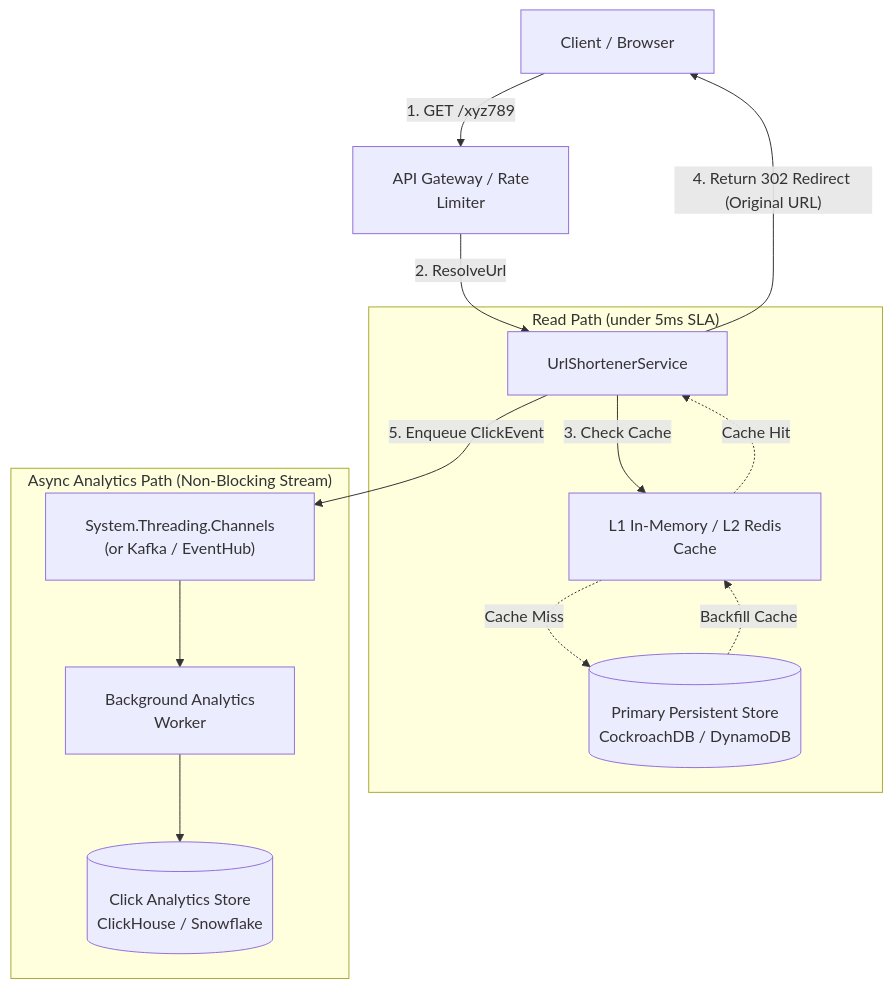
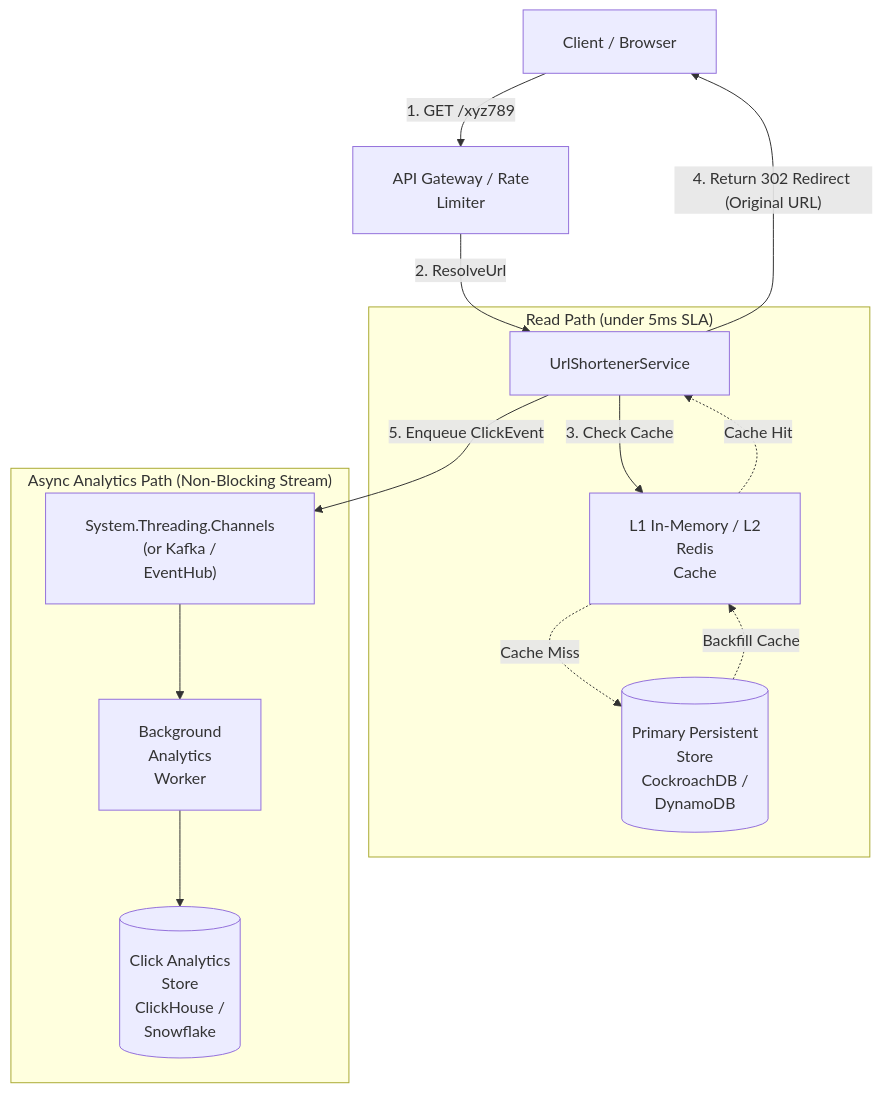
One commit to dip4k/DSA_102 changed the second of 3 diagrams in LLD/04_Tier4_Senior_Backend/37_URL_Shortener.md. Above: the diagram before and after it, drawn with Mermaid. The commit also changed other lines of this file and 106 other files, not shown here.

First line of the commit message:
fix(mermaid): prevent text clipping with foreignObject overflow and tighter line wrapping

````diff
--- a/LLD/04_Tier4_Senior_Backend/37_URL_Shortener.md
+++ b/LLD/04_Tier4_Senior_Backend/37_URL_Shortener.md
@@ -31,21 +31,21 @@
 ```mermaid
-%%{init: {"flowchart": {"htmlLabels": true, "padding": 20}}}%%
+%%{init: {"flowchart": {"htmlLabels": true, "padding": 20}, "themeCSS": "foreignObject { overflow: visible !important; }"}}%%
 flowchart TD
     Client["Client / Browser"] -->|"1. GET /xyz789"| Gateway["API Gateway / Rate<br/>Limiter"]
     Gateway -->|"2. ResolveUrl"| Service["UrlShortenerService"]
     
     subgraph ReadPath ["Read Path (under 5ms SLA)"]
-        Service -->|"3. Check Cache"| Cache["L1 In-Memory / L2 Redis<br/>Cache"]
+        Service -->|"3. Check Cache"| Cache["L1 In-Memory / L2<br/>Redis<br/>Cache"]
         Cache -.->|"Cache Hit"| Service
-        Cache -.->|"Cache Miss"| DB[("Primary Persistent Store<br/>CockroachDB / DynamoDB")]
+        Cache -.->|"Cache Miss"| DB[("Primary Persistent<br/>Store<br/>CockroachDB /<br/>DynamoDB")]
         DB -.->|"Backfill Cache"| Cache
     end
 
     Service -->|"4. Return 302 Redirect (Original URL)"| Client
     
     subgraph AsyncPath ["Async Analytics Path (Non-Blocking Stream)"]
-        Service -->|"5. Enqueue ClickEvent"| Channel["System.Threading.Channels<br/>(or Kafka / EventHub)"]
-        Channel --> Worker["Background Analytics<br/>Worker"]
-        Worker --> AnalyticsDB[("Click Analytics Store<br/>ClickHouse / Snowflake")]
+        Service -->|"5. Enqueue ClickEvent"| Channel["System.Threading.Channels<br/>(or Kafka /<br/>EventHub)"]
+        Channel --> Worker["Background<br/>Analytics<br/>Worker"]
+        Worker --> AnalyticsDB[("Click Analytics<br/>Store<br/>ClickHouse /<br/>Snowflake")]
     end
 ```
````
